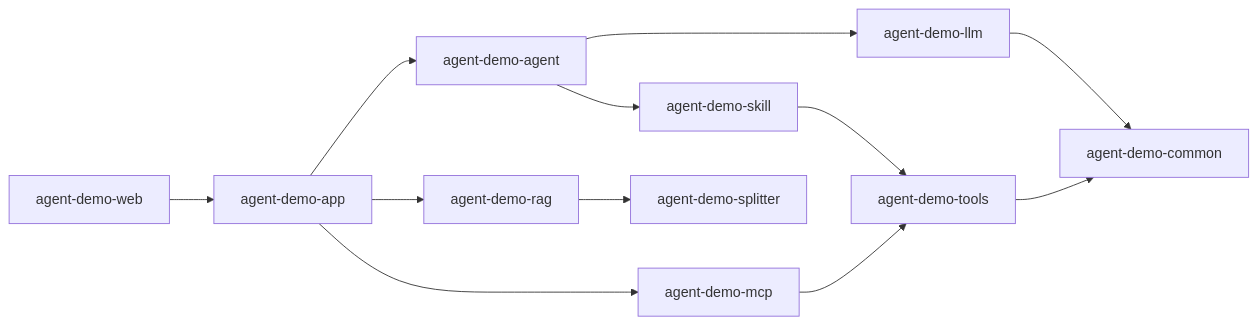
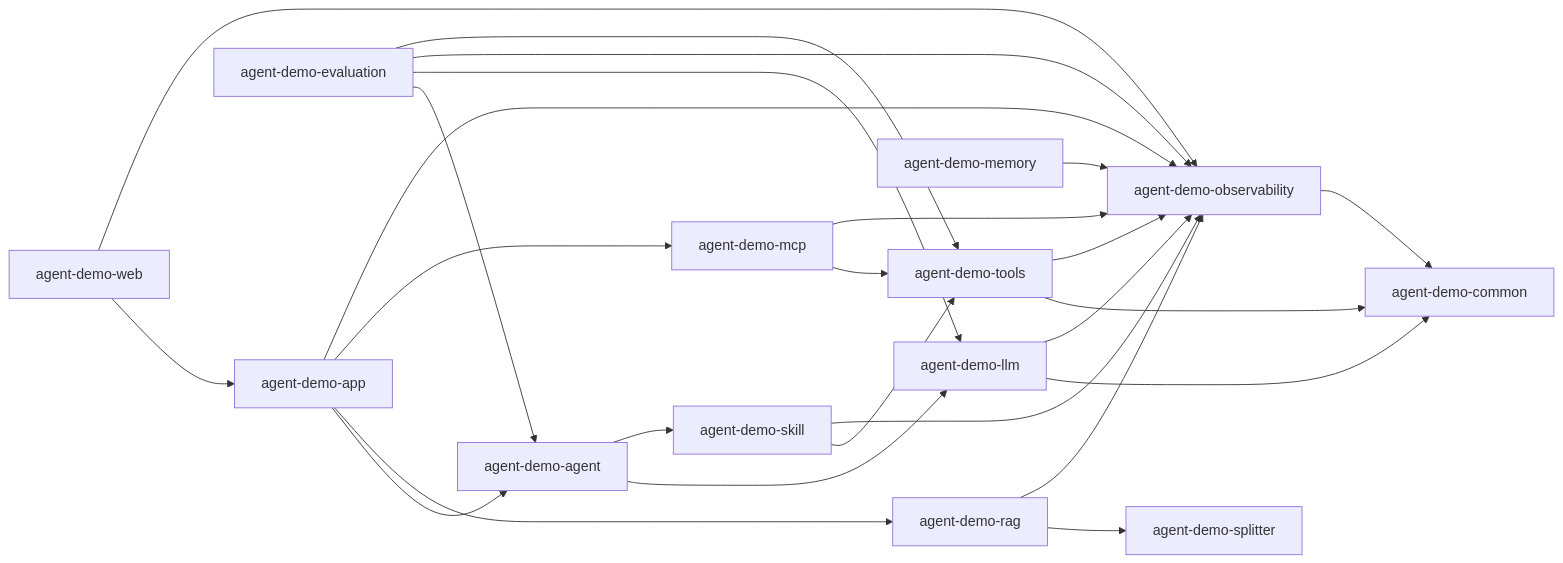
Before and after one commit to zxchengQQ/agent_demo: the diagram in specs/modules/README.md, drawn with Mermaid. The commit also changed other lines of this file and 182 other files, not shown here.

````diff
--- a/specs/modules/README.md
+++ b/specs/modules/README.md
@@ -21,14 +23,27 @@
 ```mermaid
 graph LR
     WEB["agent-demo-web"] --> APP["agent-demo-app"]
     APP --> AGENT["agent-demo-agent"]
     APP --> RAG["agent-demo-rag"]
     APP --> MCP["agent-demo-mcp"]
     AGENT --> LLM["agent-demo-llm"]
     RAG --> SPLITTER["agent-demo-splitter"]
     MCP --> TOOLS["agent-demo-tools"]
     LLM --> COMMON["agent-demo-common"]
     TOOLS --> COMMON
     AGENT --> SKILL["agent-demo-skill"]
     SKILL --> TOOLS
+    LLM --> OBS["agent-demo-observability"]
+    TOOLS --> OBS
+    WEB --> OBS
+    RAG --> OBS
+    MEM["agent-demo-memory"] --> OBS
+    APP --> OBS
+    MCP --> OBS
+    SKILL --> OBS
+    OBS --> COMMON
+    EVAL["agent-demo-evaluation"] --> AGENT
+    EVAL --> LLM
+    EVAL --> OBS
+    EVAL --> TOOLS
 ```
````
